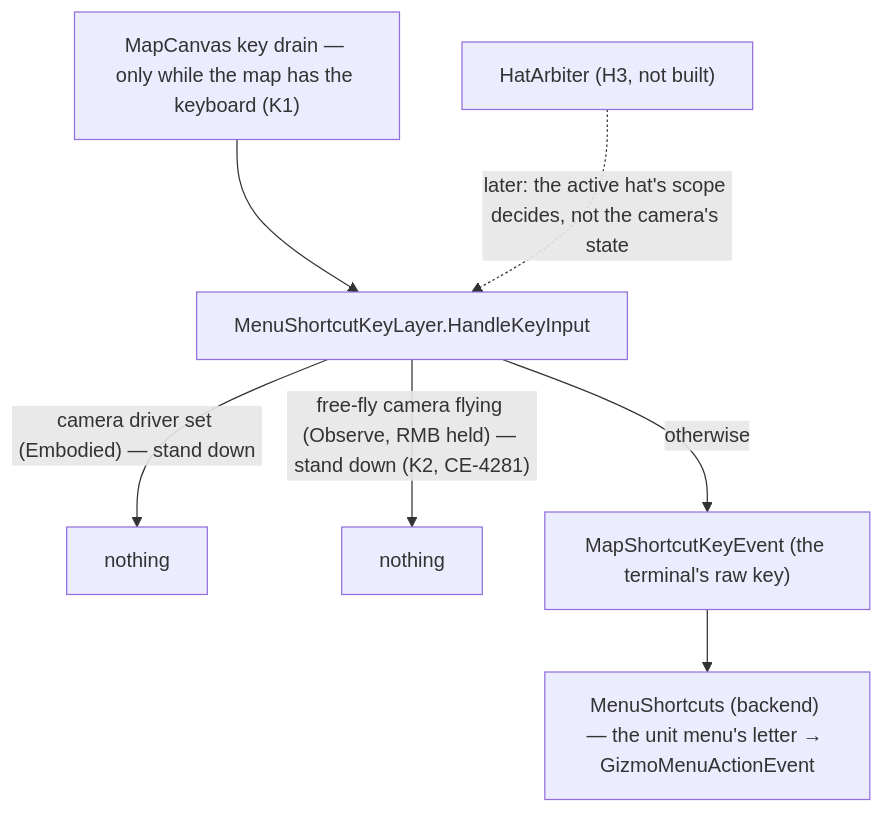
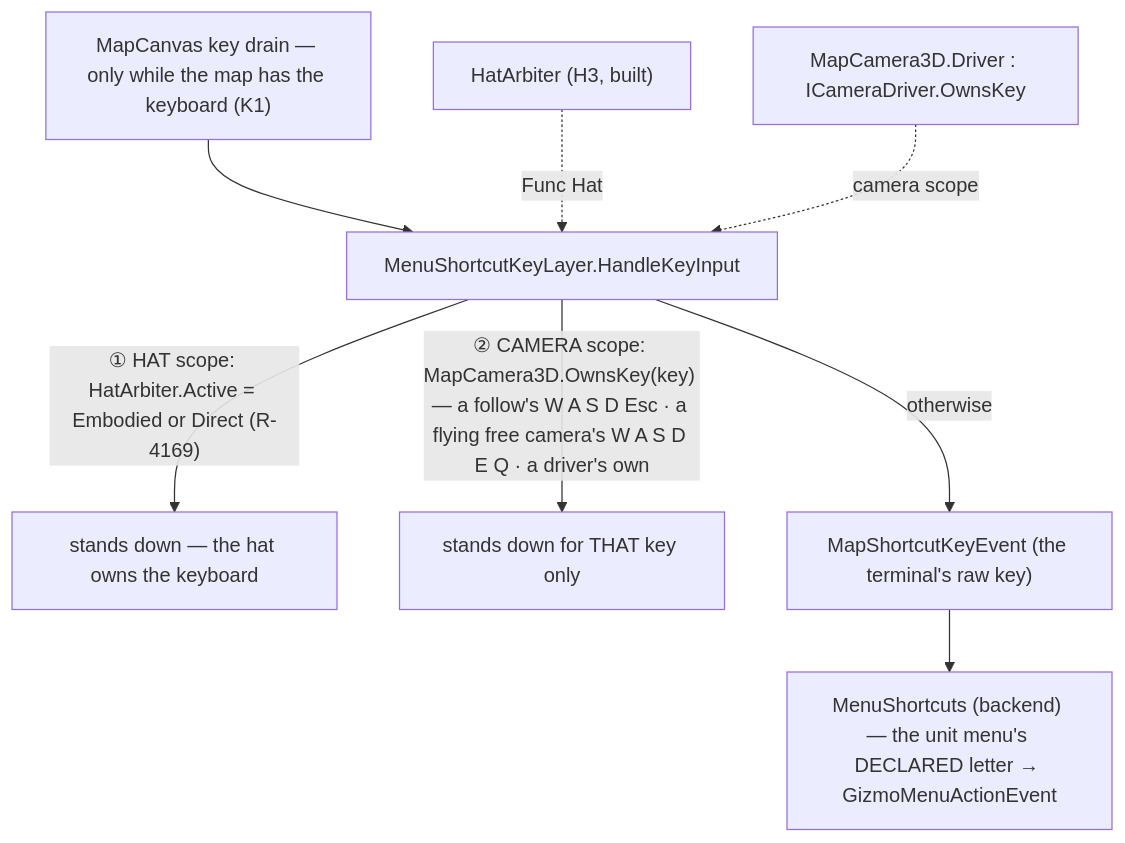
The seventh of 12 diagrams in docs/UX/DESIGN_Input_And_Commands.md (pjanec/HROT), drawn with Mermaid before and after one commit. The commit also changed other lines of this file and 10 other files, not shown here.

First line of the commit message:
feat(ui): Z-5 / K7 - every map mouse gesture is a row of the same keymap; RTS is one scope in front of the map scope (R-4163)

````diff
--- a/docs/UX/DESIGN_Input_And_Commands.md
+++ b/docs/UX/DESIGN_Input_And_Commands.md
@@ -319,9 +319,10 @@
 ```mermaid
 graph TD
   DRAIN["MapCanvas key drain — only while the map has the keyboard (K1)"] --> LAYER["MenuShortcutKeyLayer.HandleKeyInput"]
-  LAYER -->|"camera driver set (Embodied) — stand down"| X1["nothing"]
-  LAYER -->|"free-fly camera flying (Observe, RMB held) — stand down (K2, CE-4281)"| X2["nothing"]
+  LAYER -->|"① HAT scope: HatArbiter.Active = Embodied or Direct (R-4169)"| X1["stands down — the hat owns the keyboard"]
+  LAYER -->|"② CAMERA scope: MapCamera3D.OwnsKey(key) — a follow's W A S D Esc · a flying free camera's W A S D E Q · a driver's own"| X2["stands down for THAT key only"]
   LAYER -->|"otherwise"| EV["MapShortcutKeyEvent (the terminal's raw key)"]
-  EV --> MS["MenuShortcuts (backend) — the unit menu's letter → GizmoMenuActionEvent"]
-  H3["HatArbiter (H3, not built)"] -.->|"later: the active hat's scope decides, not the camera's state"| LAYER
+  EV --> MS["MenuShortcuts (backend) — the unit menu's DECLARED letter → GizmoMenuActionEvent"]
+  HAT["HatArbiter (H3, built)"] -.->|"Func Hat"| LAYER
+  CAM["MapCamera3D.Driver : ICameraDriver.OwnsKey"] -.->|"camera scope"| LAYER
 ```
````
